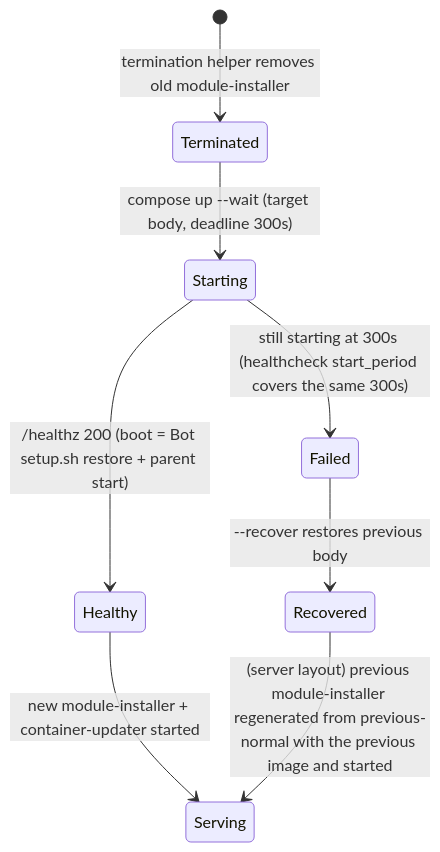
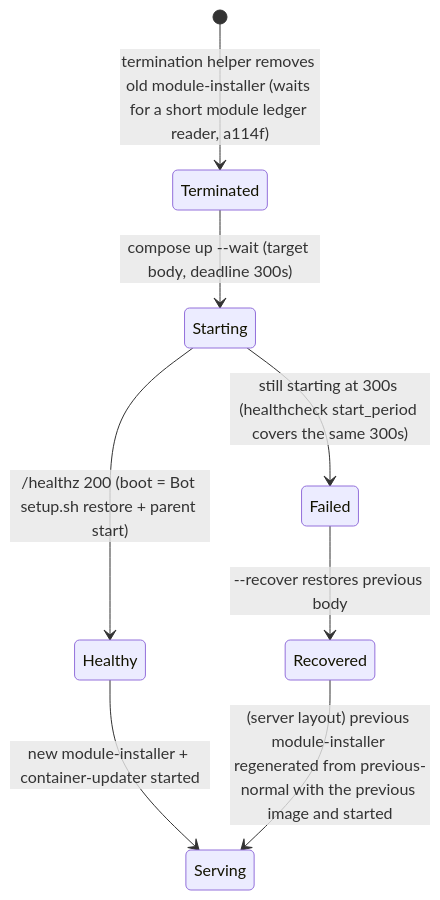
Before and after one commit to kitepon/BellTeam: the second of 8 diagrams in docs/architecture/modules/runtime/container-update-bundled.md, drawn with Mermaid. The commit also changed 3 other files, not shown here.

First line of the commit message:
a114g: the module worker termination waits for a short ledger reader instead of failing the body swap

````diff
--- a/docs/architecture/modules/runtime/container-update-bundled.md
+++ b/docs/architecture/modules/runtime/container-update-bundled.md
@@ -65,10 +65,10 @@
 ```mermaid
 stateDiagram-v2
-  [*] --> Terminated: termination helper removes old module-installer
+  [*] --> Terminated: termination helper removes old module-installer (waits for a short module ledger reader, a114f)
   Terminated --> Starting: compose up --wait (target body, deadline 300s)
   Starting --> Healthy: /healthz 200 (boot = Bot setup.sh restore + parent start)
   Starting --> Failed: still starting at 300s (healthcheck start_period covers the same 300s)
   Healthy --> Serving: new module-installer + container-updater started
   Failed --> Recovered: --recover restores previous body
   Recovered --> Serving: (server layout) previous module-installer regenerated from previous-normal with the previous image and started
 ```
````
